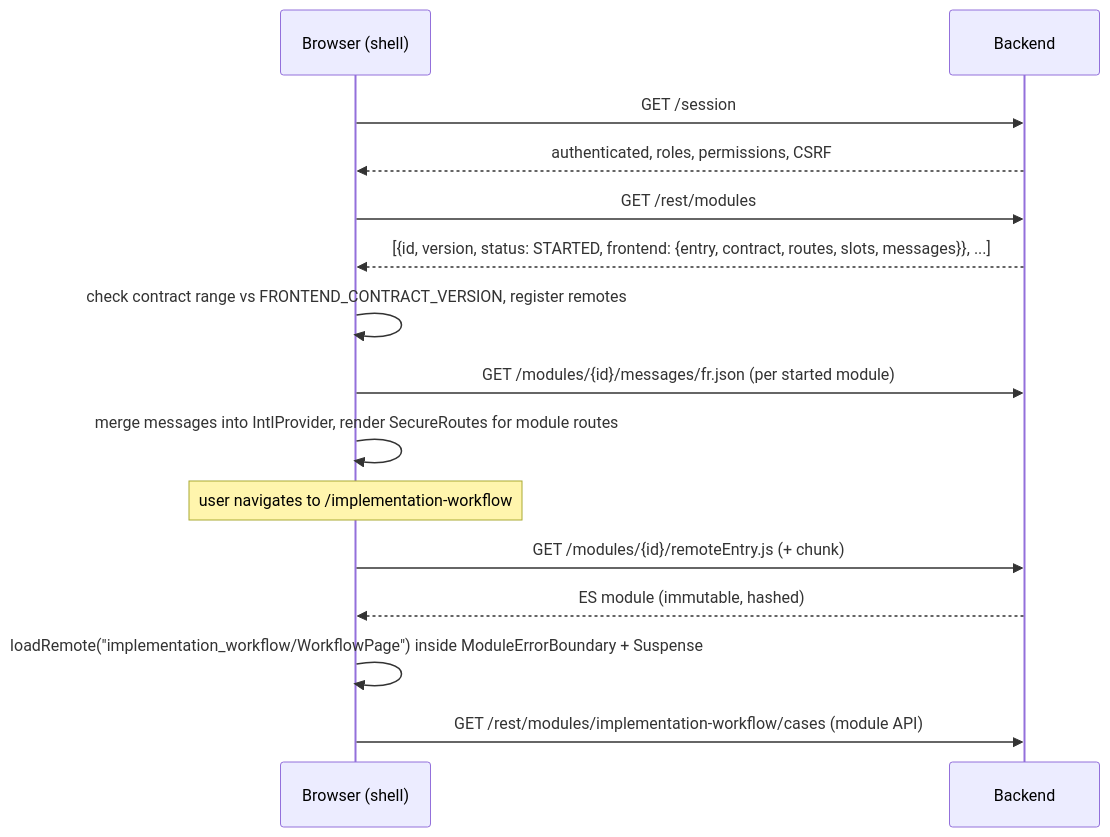
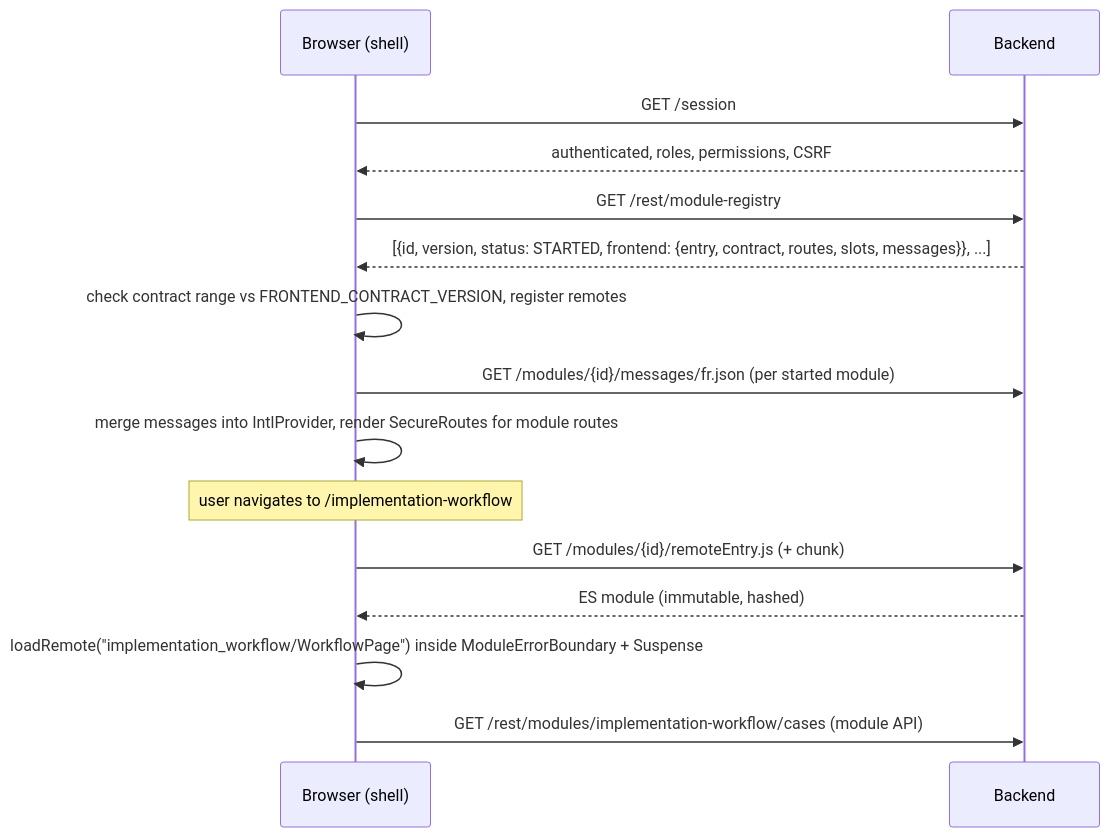
The third of 8 diagrams in specs/plans/module-system-architecture.md (DIGI-UW/OpenELIS-Global-2), drawn with Mermaid before and after one commit. The commit also changed other lines of this file, not shown here.

First line of the commit message:
docs(architecture): address review on the module system design (OGC-1577)

````diff
--- a/specs/plans/module-system-architecture.md
+++ b/specs/plans/module-system-architecture.md
@@ -459,17 +461,17 @@
 ```mermaid
 sequenceDiagram
   participant B as Browser (shell)
   participant S as Backend
   B->>S: GET /session
   S-->>B: authenticated, roles, permissions, CSRF
-  B->>S: GET /rest/modules
+  B->>S: GET /rest/module-registry
   S-->>B: [{id, version, status: STARTED, frontend: {entry, contract, routes, slots, messages}}, ...]
   B->>B: check contract range vs FRONTEND_CONTRACT_VERSION, register remotes
   B->>S: GET /modules/{id}/messages/fr.json (per started module)
   B->>B: merge messages into IntlProvider, render SecureRoutes for module routes
   Note over B: user navigates to /implementation-workflow
   B->>S: GET /modules/{id}/remoteEntry.js (+ chunk)
   S-->>B: ES module (immutable, hashed)
   B->>B: loadRemote("implementation_workflow/WorkflowPage") inside ModuleErrorBoundary + Suspense
   B->>S: GET /rest/modules/implementation-workflow/cases (module API)
 ```
````
